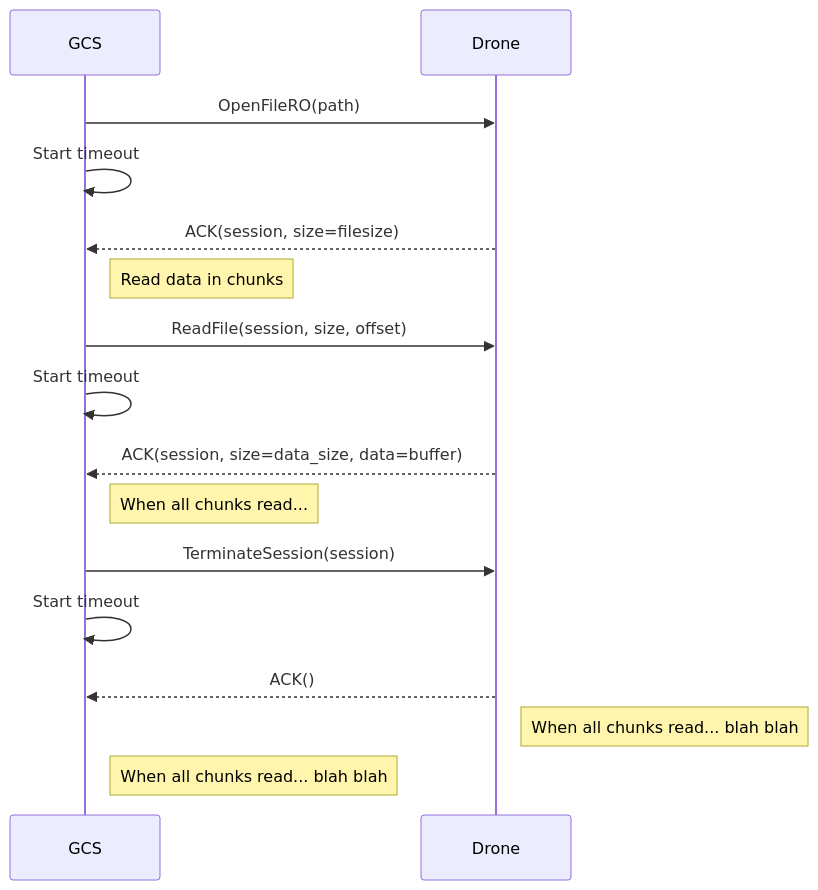
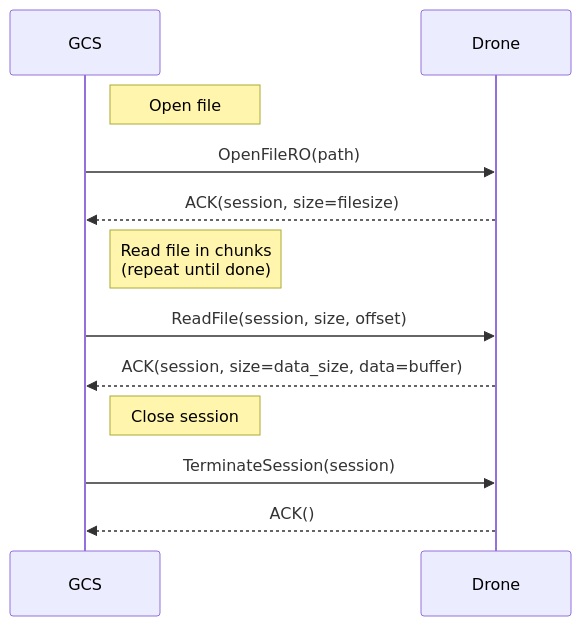
Before and after one commit to hamishwillee/mavlink-devguide: the diagram in en/protocol/ftp.md, drawn with Mermaid. The commit also changed other lines of this file, not shown here.

```diff
--- a/en/protocol/ftp.md
+++ b/en/protocol/ftp.md
@@ -112,19 +134,14 @@
 {% mermaid %}
 sequenceDiagram;
     participant GCS
     participant Drone
+    Note right of GCS: Open file
     GCS->>Drone:  OpenFileRO(path)
-    GCS->>GCS: Start timeout
     Drone-->>GCS: ACK(session, size=filesize)
-    Note right of GCS: Read data in chunks
-
+    Note right of GCS: Read file in chunks<br>(repeat until done)
     GCS->>Drone:  ReadFile(session, size, offset)
-    GCS->>GCS: Start timeout
     Drone-->>GCS: ACK(session, size=data_size, data=buffer)
-    Note right of GCS: When all chunks read...
+    Note right of GCS: Close session
     GCS->>Drone:  TerminateSession(session)
-    GCS->>GCS: Start timeout
     Drone-->>GCS: ACK()
-    Note right of Drone: When all chunks read... blah blah
-    Note right of GCS: When all chunks read... blah blah
 {% endmermaid %}
```
